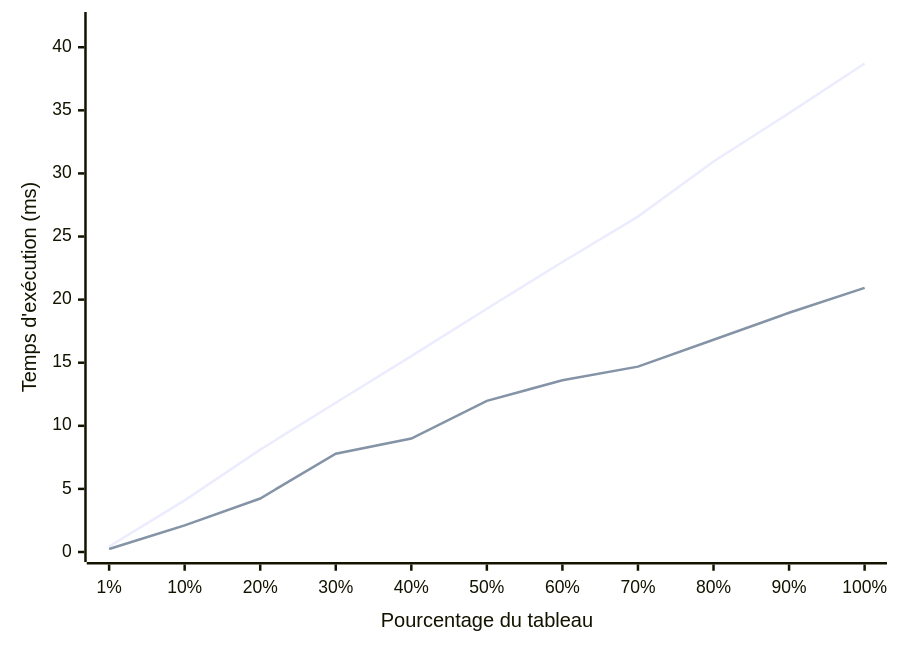
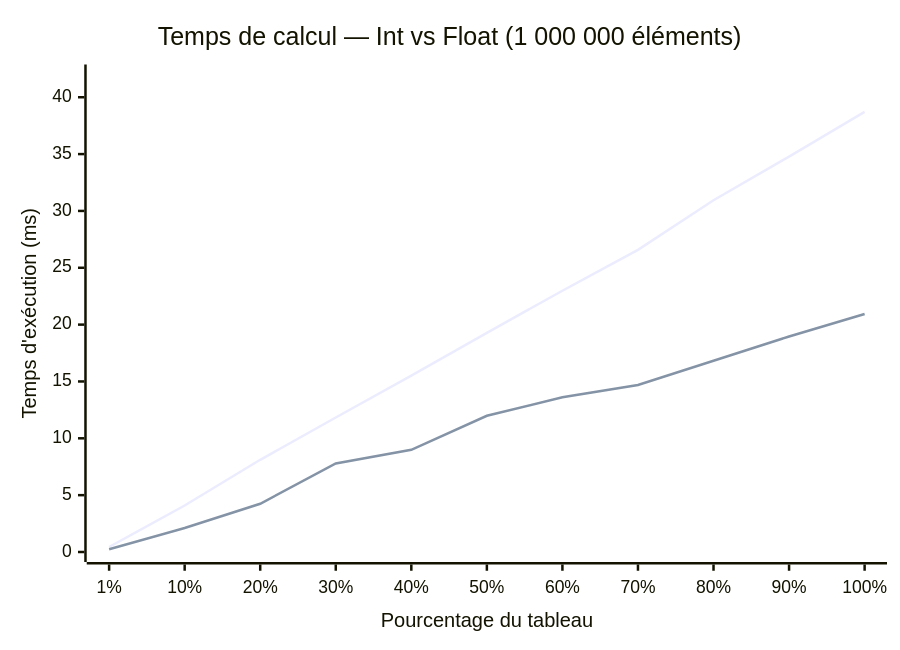
The diagram in TN4/TN4-report.md (moyamelissa/INF2007---Advanved-Programming), drawn with Mermaid before and after one commit. The commit also changed other lines of this file and 2 other files, not shown here.

````diff
--- a/TN4/TN4-report.md
+++ b/TN4/TN4-report.md
@@ -37,8 +44,9 @@
 ```mermaid
 %%{init: {'theme': 'default', 'themeVariables': {'xyChart': {'backgroundColor': '#ffffff'}}}}%%
 xychart-beta
+    title "Temps de calcul — Int vs Float (1 000 000 éléments)"
     x-axis "Pourcentage du tableau" ["1%", "10%", "20%", "30%", "40%", "50%", "60%", "70%", "80%", "90%", "100%"]
     y-axis "Temps d'exécution (ms)" 0 --> 42
     line [0.44, 4.09, 8.11, 11.83, 15.52, 19.28, 22.98, 26.58, 30.94, 34.78, 38.71]
     line [0.24, 2.11, 4.24, 7.79, 8.99, 11.98, 13.61, 14.69, 16.82, 18.96, 20.93]
 ```
````
